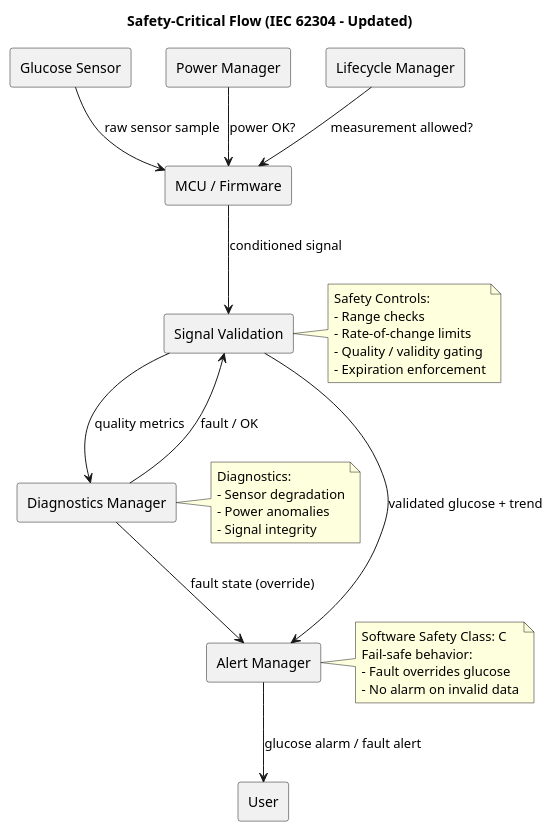
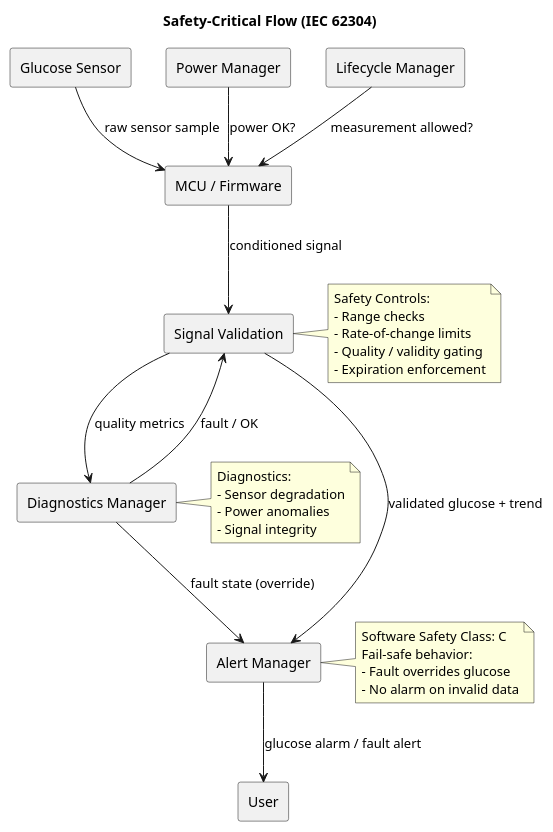
Before and after one commit to spothana/cgms: the diagram in documents/diagrams/safety/cgms_safety_flow.puml, drawn with PlantUML. The commit also changed 8 other files, not shown here.

```diff
--- a/documents/diagrams/safety/cgms_safety_flow.puml
+++ b/documents/diagrams/safety/cgms_safety_flow.puml
@@ -1,63 +1,63 @@
 @startuml cgms_safety_flow
 skinparam componentStyle rectangle
 
-title Safety-Critical Flow (IEC 62304 – Updated)
+title Safety-Critical Flow (IEC 62304)
 
 component "Glucose Sensor" as Sensor
 component "MCU / Firmware" as MCU
 component "Power Manager" as Power
 component "Lifecycle Manager" as Life
 component "Signal Validation" as Validate
 component "Diagnostics Manager" as Diag
 component "Alert Manager" as Alert
 component User
 
 ' --------------------
 ' Measurement gating
 ' --------------------
 Power --> MCU : power OK?
 Life --> MCU : measurement allowed?
 
 ' --------------------
 ' Measurement & processing
 ' --------------------
 Sensor --> MCU : raw sensor sample
 MCU --> Validate : conditioned signal
 
 ' --------------------
 ' Safety validation
 ' --------------------
 Validate --> Diag : quality metrics
 Diag --> Validate : fault / OK
 
 ' --------------------
 ' Decision & alerting
 ' --------------------
 Validate --> Alert : validated glucose + trend
 Diag --> Alert : fault state (override)
 
 Alert --> User : glucose alarm / fault alert
 
 note right of Validate
 Safety Controls:
 - Range checks
 - Rate-of-change limits
 - Quality / validity gating
 - Expiration enforcement
 end note
 
 note right of Diag
 Diagnostics:
 - Sensor degradation
 - Power anomalies
 - Signal integrity
 end note
 
 note right of Alert
 Software Safety Class: C
 Fail-safe behavior:
 - Fault overrides glucose
 - No alarm on invalid data
 end note
 
 @enduml
```
